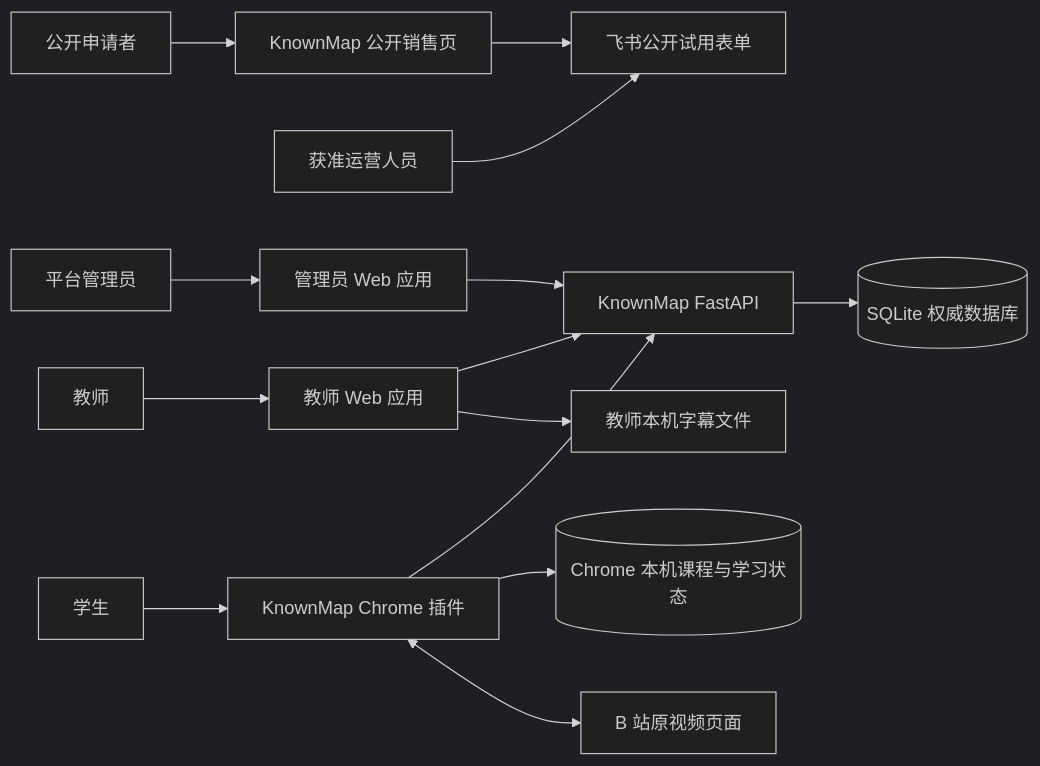
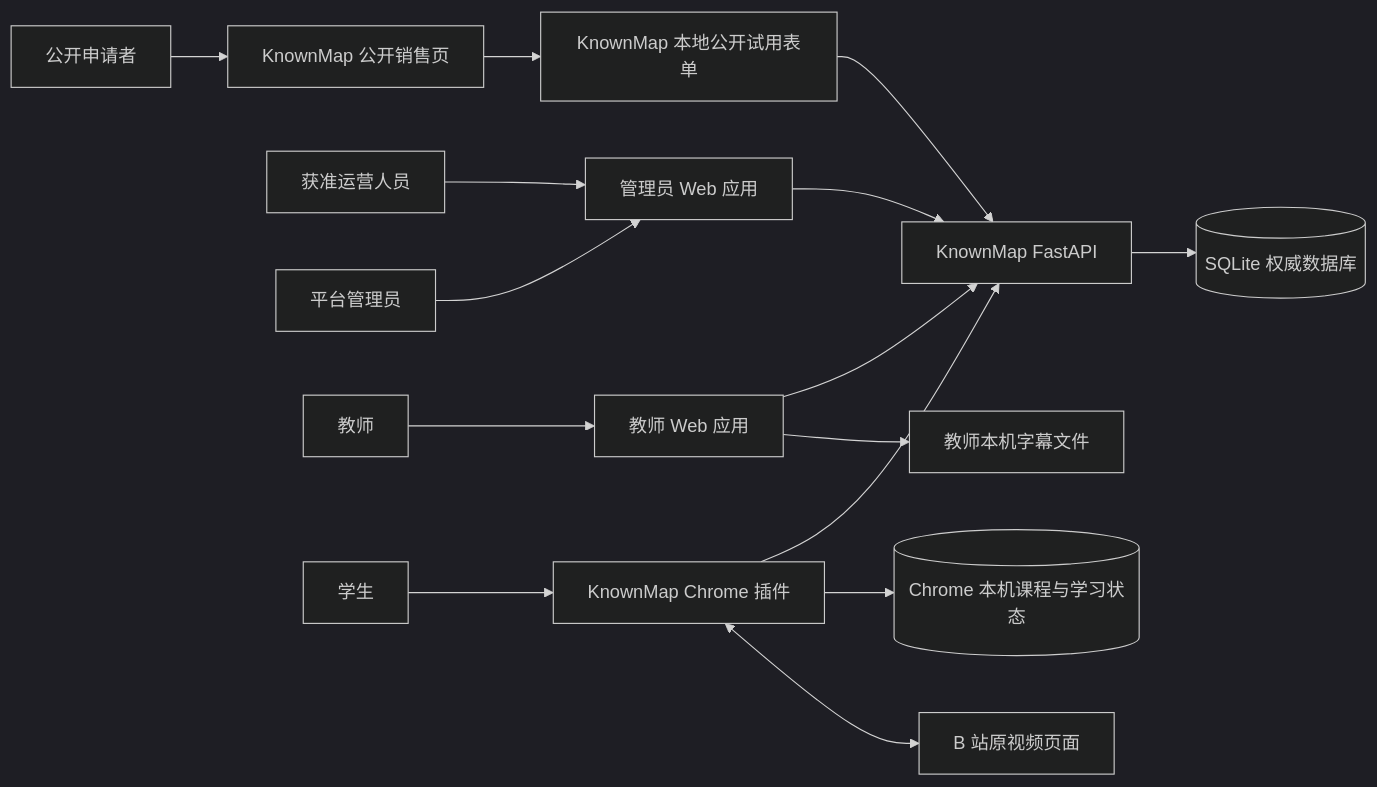
One commit to xiaobaiworld/lessonpilot changed the first of 2 diagrams in doc/design/v1/03-system-architecture.md. Above: the diagram before and after it, drawn with Mermaid (dark theme). The commit also changed other lines of this file and 90 other files, not shown here.

````diff
--- a/doc/design/v1/03-system-architecture.md
+++ b/doc/design/v1/03-system-architecture.md
@@ -89,18 +89,19 @@
 ```mermaid
 flowchart LR
   Applicant[公开申请者] --> Sales[KnownMap 公开销售页]
-  Sales --> Feishu[飞书公开试用表单]
-  Operator[获准运营人员] --> Feishu
+  Sales --> LocalForm[KnownMap 本地公开试用表单]
+  LocalForm --> API[KnownMap FastAPI]
+  Operator[获准运营人员] --> AdminWeb
   Admin[平台管理员] --> AdminWeb[管理员 Web 应用]
   Teacher[教师] --> TeacherWeb[教师 Web 应用]
   Student[学生] --> Extension[KnownMap Chrome 插件]
 
-  AdminWeb --> API[KnownMap FastAPI]
+  AdminWeb --> API
   TeacherWeb --> API
   Extension --> API
 
   API --> DB[(SQLite 权威数据库)]
   Extension --> Local[(Chrome 本机课程与学习状态)]
   Extension <--> Bili[B 站原视频页面]
   TeacherWeb --> Subtitle[教师本机字幕文件]
 ```
````
